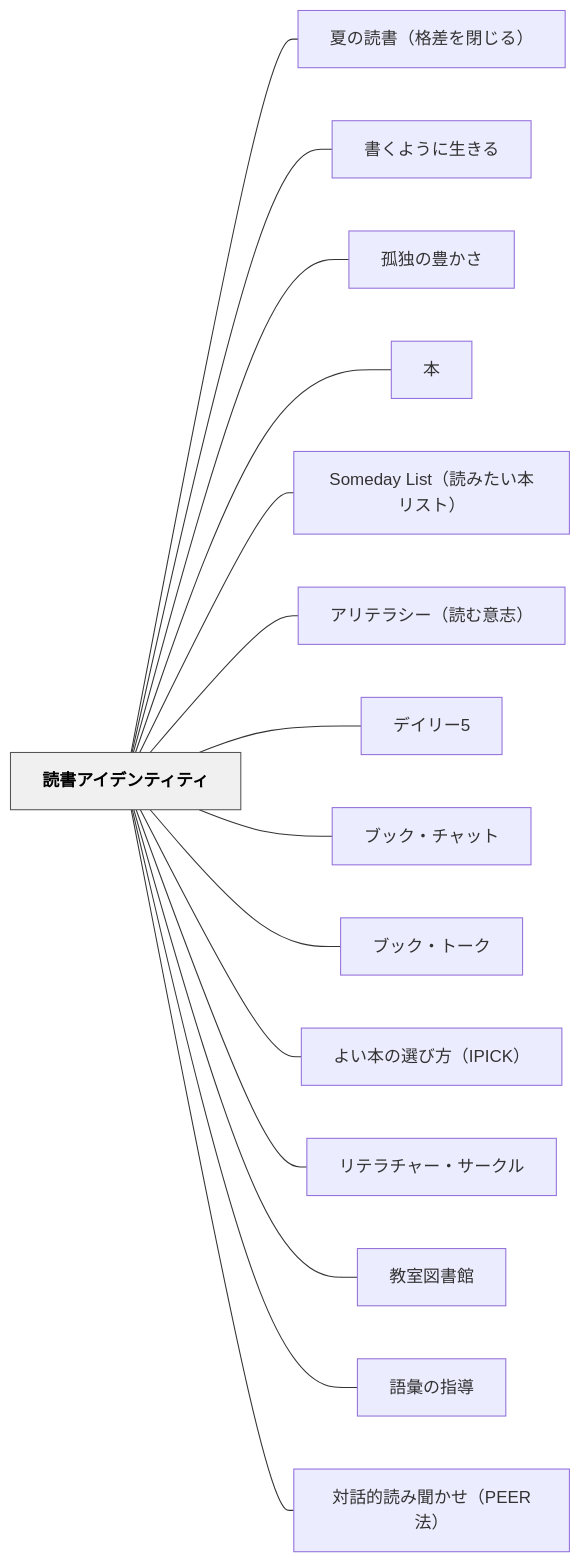
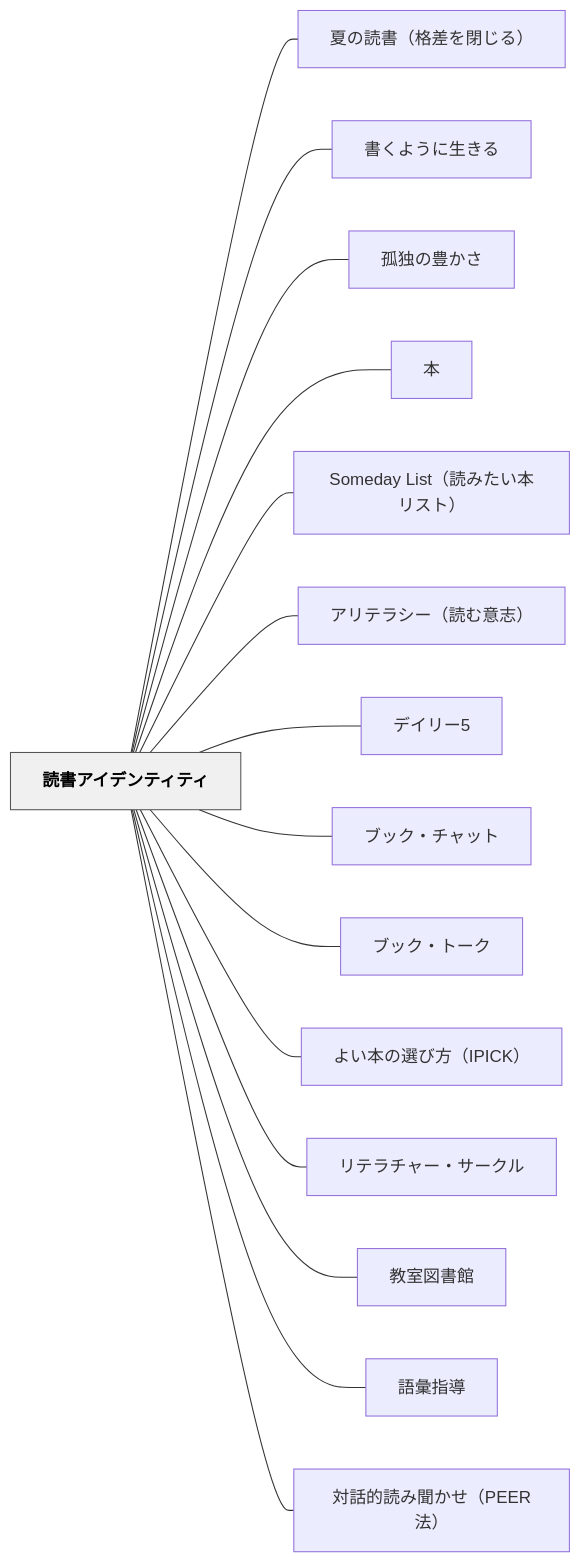
One commit to unknownthings-ed-patterns/unknownthings-ed-patterns changed the diagram in content/パタン/読書アイデンティティ.md. Above: the diagram before and after it, drawn with Mermaid. The commit also changed other lines of this file and 3 other files, not shown here.

````diff
--- a/content/パタン/読書アイデンティティ.md
+++ b/content/パタン/読書アイデンティティ.md
@@ -240,36 +240,36 @@
 ```mermaid
 flowchart LR
     ne8aaade69bb8e382a2e382a4e38387e383b3e38386e382a3e38386e382a3["読書アイデンティティ"]
     ne5a48fe381aee8aaade69bb8efbc88e6a0bce5b7aee38292e99689e38198e3828befbc89["夏の読書（格差を閉じる）"]
     ne69bb8e3818fe38288e38186e381abe7949fe3818de3828b["書くように生きる"]
     ne5ada4e78bace381aee8b18ae3818be38195["孤独の豊かさ"]
     ne69cac["本"]
     n536f6d65646179204c697374efbc88e8aaade381bfe3819fe38184e69cace383aae382b9e38388efbc89["Someday List（読みたい本リスト）"]
     ne382a2e383aae38386e383a9e382b7e383bcefbc88e8aaade38280e6848fe5bf97efbc89["アリテラシー（読む意志）"]
     ne38387e382a4e383aae383bc35["デイリー5"]
     ne38396e38383e382afe383bbe38381e383a3e38383e38388["ブック・チャット"]
     ne38396e38383e382afe383bbe38388e383bce382af["ブック・トーク"]
     ne38288e38184e69cace381aee981b8e381b3e696b9efbc88495049434befbc89["よい本の選び方（IPICK）"]
     ne383aae38386e383a9e38381e383a3e383bce383bbe382b5e383bce382afe383ab["リテラチャー・サークル"]
     ne69599e5aea4e59bb3e69bb8e9a4a8["教室図書館"]
-    ne8aa9ee5bd99e381aee68c87e5b08e["語彙の指導"]
+    ne8aa9ee5bd99e68c87e5b08e["語彙指導"]
     ne5afbee8a9b1e79a84e8aaade381bfe8819ee3818be3819befbc8850454552e6b395efbc89["対話的読み聞かせ（PEER法）"]
 
     ne8aaade69bb8e382a2e382a4e38387e383b3e38386e382a3e38386e382a3 --- ne5a48fe381aee8aaade69bb8efbc88e6a0bce5b7aee38292e99689e38198e3828befbc89
     ne8aaade69bb8e382a2e382a4e38387e383b3e38386e382a3e38386e382a3 --- ne69bb8e3818fe38288e38186e381abe7949fe3818de3828b
     ne8aaade69bb8e382a2e382a4e38387e383b3e38386e382a3e38386e382a3 --- ne5ada4e78bace381aee8b18ae3818be38195
     ne8aaade69bb8e382a2e382a4e38387e383b3e38386e382a3e38386e382a3 --- ne69cac
     ne8aaade69bb8e382a2e382a4e38387e383b3e38386e382a3e38386e382a3 --- n536f6d65646179204c697374efbc88e8aaade381bfe3819fe38184e69cace383aae382b9e38388efbc89
     ne8aaade69bb8e382a2e382a4e38387e383b3e38386e382a3e38386e382a3 --- ne382a2e383aae38386e383a9e382b7e383bcefbc88e8aaade38280e6848fe5bf97efbc89
     ne8aaade69bb8e382a2e382a4e38387e383b3e38386e382a3e38386e382a3 --- ne38387e382a4e383aae383bc35
     ne8aaade69bb8e382a2e382a4e38387e383b3e38386e382a3e38386e382a3 --- ne38396e38383e382afe383bbe38381e383a3e38383e38388
     ne8aaade69bb8e382a2e382a4e38387e383b3e38386e382a3e38386e382a3 --- ne38396e38383e382afe383bbe38388e383bce382af
     ne8aaade69bb8e382a2e382a4e38387e383b3e38386e382a3e38386e382a3 --- ne38288e38184e69cace381aee981b8e381b3e696b9efbc88495049434befbc89
     ne8aaade69bb8e382a2e382a4e38387e383b3e38386e382a3e38386e382a3 --- ne383aae38386e383a9e38381e383a3e383bce383bbe382b5e383bce382afe383ab
     ne8aaade69bb8e382a2e382a4e38387e383b3e38386e382a3e38386e382a3 --- ne69599e5aea4e59bb3e69bb8e9a4a8
-    ne8aaade69bb8e382a2e382a4e38387e383b3e38386e382a3e38386e382a3 --- ne8aa9ee5bd99e381aee68c87e5b08e
+    ne8aaade69bb8e382a2e382a4e38387e383b3e38386e382a3e38386e382a3 --- ne8aa9ee5bd99e68c87e5b08e
     ne8aaade69bb8e382a2e382a4e38387e383b3e38386e382a3e38386e382a3 --- ne5afbee8a9b1e79a84e8aaade381bfe8819ee3818be3819befbc8850454552e6b395efbc89
 
     classDef hub fill:#f0f0f0,stroke:#555,color:#000,font-weight:bold
     class ne8aaade69bb8e382a2e382a4e38387e383b3e38386e382a3e38386e382a3 hub
 ```
````
